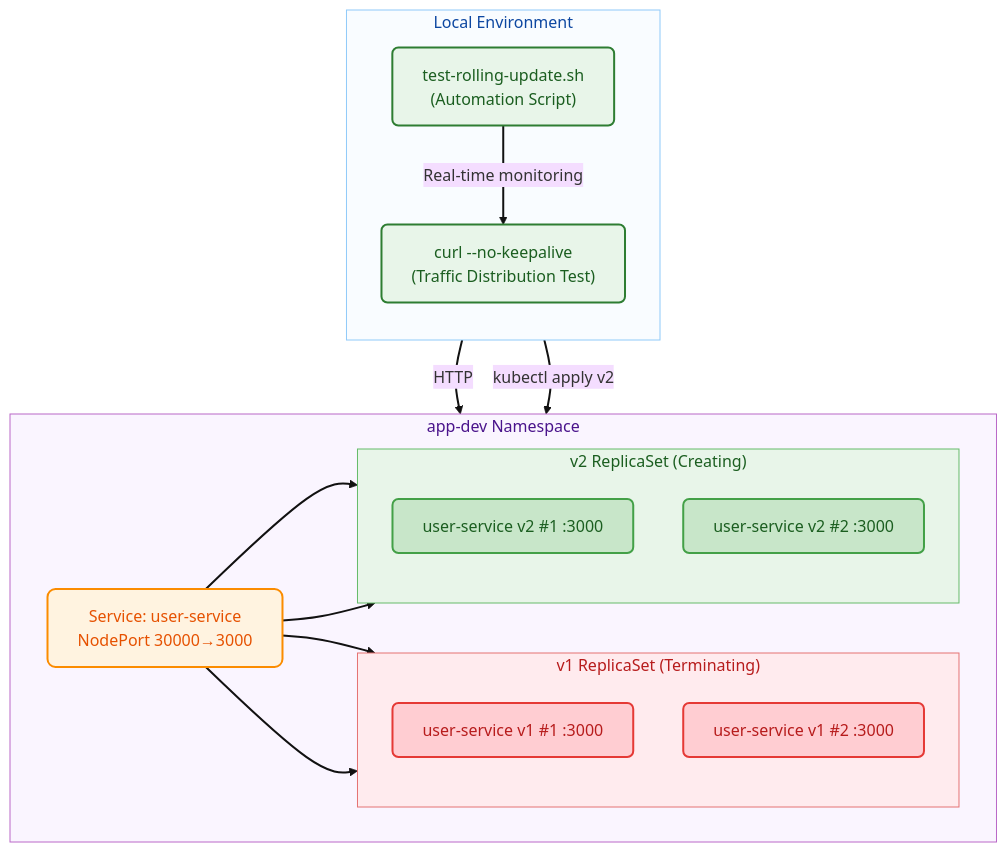
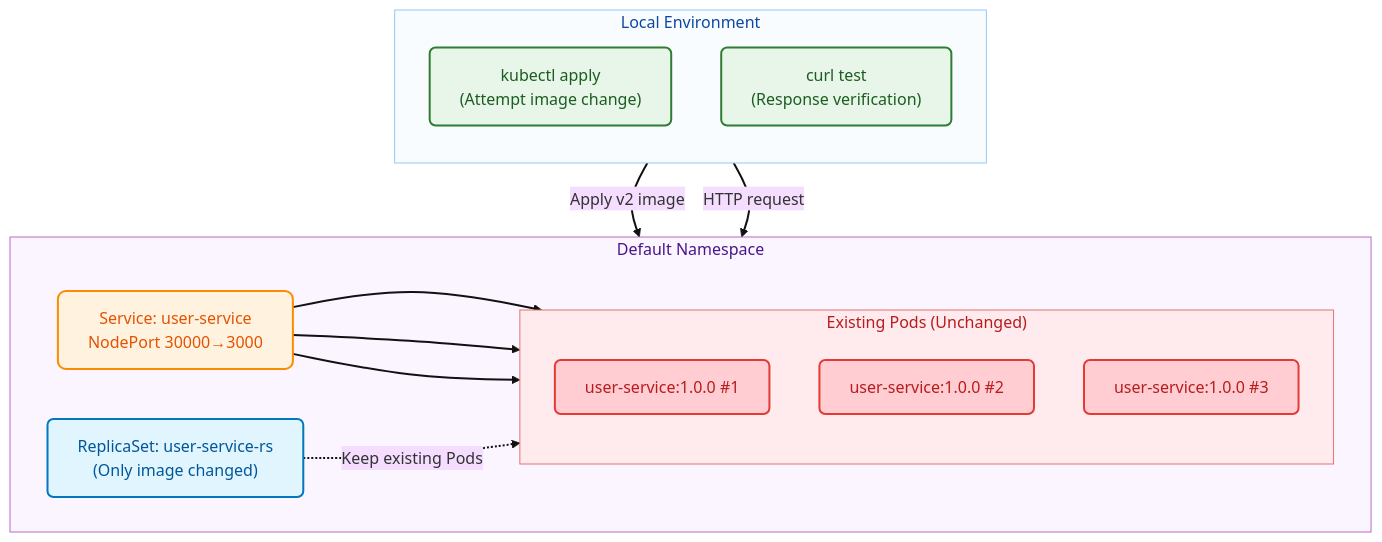
One commit to mogumogu-lab/k8s-replicaset changed the diagram in README.md. Above: the diagram before and after it, drawn with Mermaid. The commit also changed other lines of this file and 1 other file, not shown here.

````diff
--- a/README.md
+++ b/README.md
@@ -25,62 +25,55 @@
 ```mermaid
 %%{init: {
   'theme': 'base',
   'themeVariables': {
     'fontFamily': 'Inter, Pretendard, sans-serif'
   }
 }}%%
 
 flowchart TB
 
 %% ---------- Class definitions ----------
 classDef boxLocal    fill:#E3F2FD,stroke:#1E88E5,color:#0D47A1,stroke-width:2px,rx:6,ry:6;
 classDef boxK8s      fill:#F3E5F5,stroke:#8E24AA,color:#4A148C,stroke-width:2px,rx:6,ry:6;
 classDef boxSvc      fill:#FFF3E0,stroke:#FB8C00,color:#E65100,stroke-width:2px,rx:8,ry:8;
 classDef boxV1       fill:#FFCDD2,stroke:#E53935,color:#B71C1C,stroke-width:2px,rx:6,ry:6;
-classDef boxV2       fill:#C8E6C9,stroke:#43A047,color:#1B5E20,stroke-width:2px,rx:6,ry:6;
+classDef boxRS       fill:#E1F5FE,stroke:#0277BD,color:#01579B,stroke-width:2px,rx:6,ry:6;
 classDef boxTool     fill:#E8F5E9,stroke:#2E7D32,color:#1B5E20,stroke-width:2px,rx:6,ry:6;
 
 %% Default link style (darker & thicker)
 linkStyle default stroke:#111,stroke-width:2px;
 
 %% ---------- Local ----------
 subgraph Local["Local Environment"]
   direction TB
-  script["test-rolling-update.sh<br/>(Automation Script)"]:::boxTool
-  curl["curl --no-keepalive<br/>(Traffic Distribution Test)"]:::boxTool
+  kubectl["kubectl apply<br/>(Attempt image change)"]:::boxTool
+  curl["curl test<br/>(Response verification)"]:::boxTool
 end
 style Local fill:#F9FCFF,stroke:#90CAF9,color:#0D47A1
 
 %% ---------- K8s ----------
-subgraph K8s["app-dev Namespace"]
+subgraph K8s["Default Namespace"]
   direction LR
 
-  subgraph V1["v1 ReplicaSet (Terminating)"]
+  RS["ReplicaSet: user-service-rs<br/>(Only image changed)"]:::boxRS
+
+  subgraph Pods["Existing Pods (Unchanged)"]
     direction TB
-    p1["user-service v1 #1 :3000"]:::boxV1
-    p2["user-service v1 #2 :3000"]:::boxV1
+    p1["user-service:1.0.0 #1"]:::boxV1
+    p2["user-service:1.0.0 #2"]:::boxV1
+    p3["user-service:1.0.0 #3"]:::boxV1
   end
-  style V1 fill:#FFEBEE,stroke:#E57373,color:#B71C1C
+  style Pods fill:#FFEBEE,stroke:#E57373,color:#B71C1C
 
   SVC["Service: user-service<br/>NodePort 30000→3000"]:::boxSvc
-
-  subgraph V2["v2 ReplicaSet (Creating)"]
-    direction TB
-    p3["user-service v2 #1 :3000"]:::boxV2
-    p4["user-service v2 #2 :3000"]:::boxV2
-  end
-  style V2 fill:#E8F5E9,stroke:#66BB6A,color:#1B5E20
 end
 style K8s fill:#FAF5FF,stroke:#BA68C8,color:#4A148C
 
 %% ---------- Edges ----------
-script -->|kubectl apply v2| K8s
-script -->|Real-time monitoring| curl
-curl -->|HTTP| SVC
+kubectl -->|Apply v2 image| RS
+RS -.->|Keep existing Pods| Pods
+curl -->|HTTP request| SVC
 SVC --> p1
-SVC --> p2
+SVC --> p2  
 SVC --> p3
-SVC --> p4
-%% Optional: emphasize traffic edges to new pods
-%% linkStyle <index> stroke:#2E7D32,stroke-width:3px;
 ```
````
